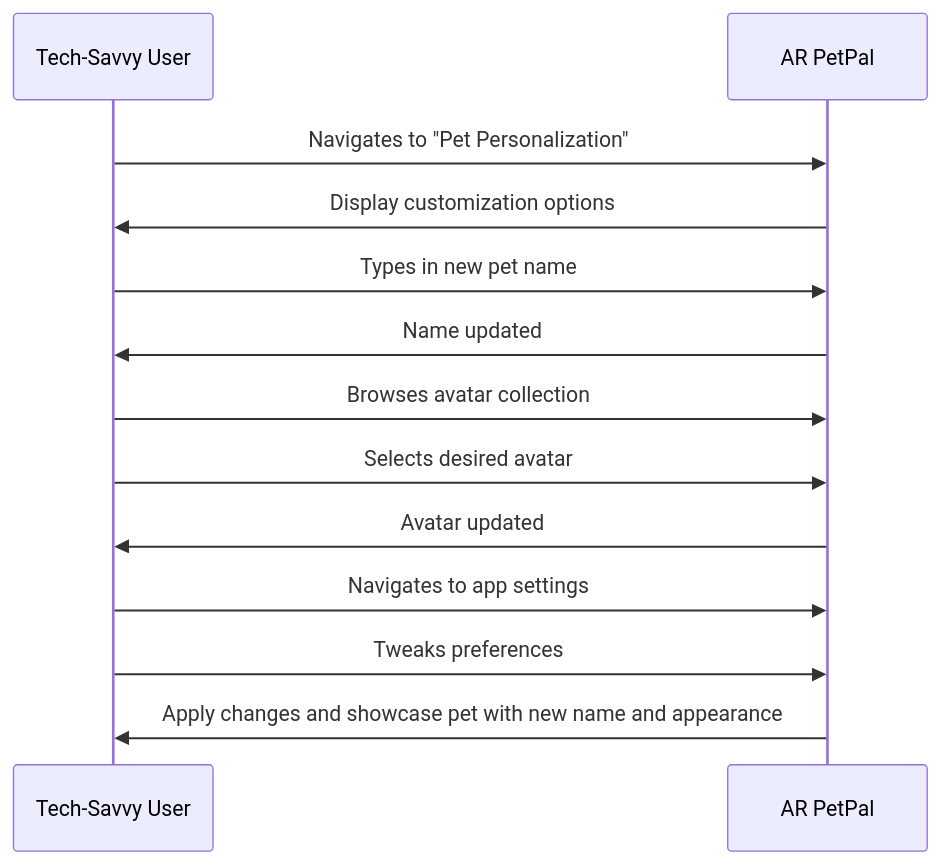
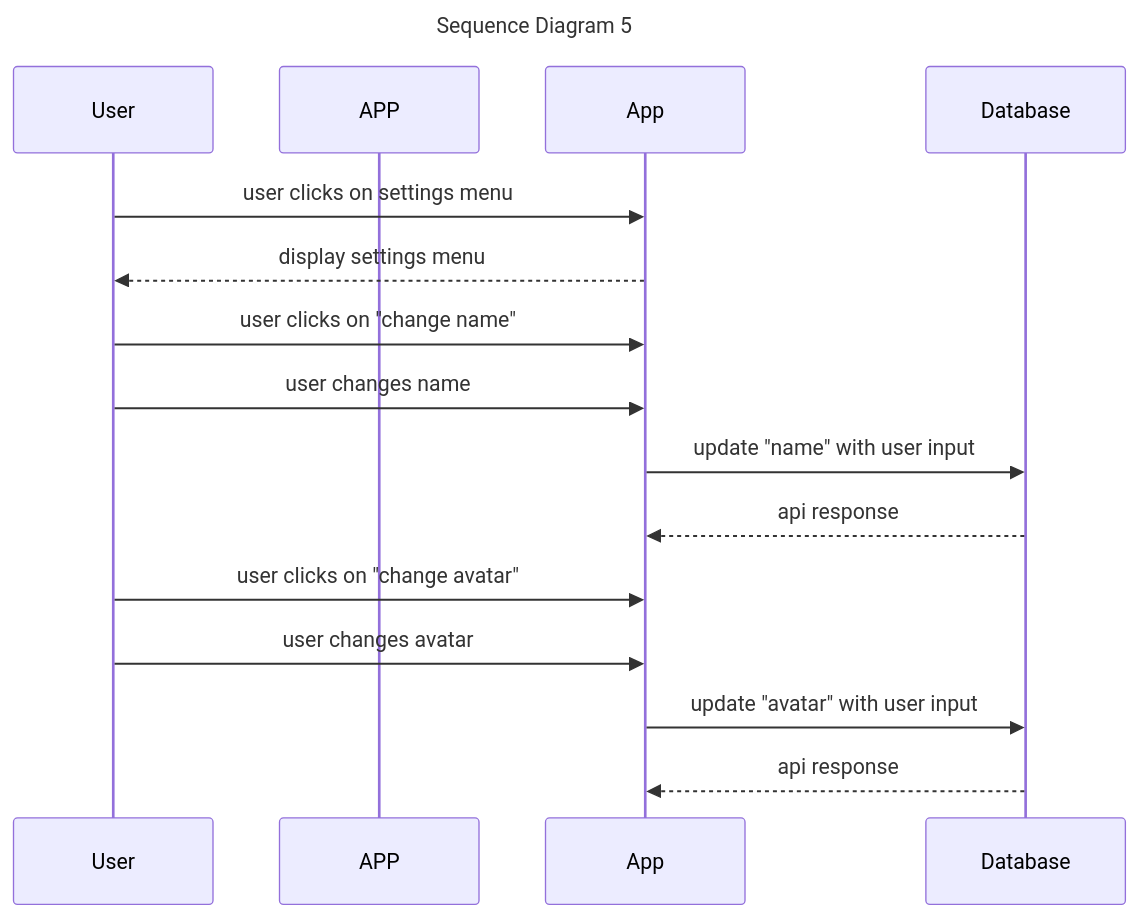
One commit to Capstone-Projects-2023-Fall/project-ar-pet-pals changed the fifth of 8 diagrams in documentation/docs/system-architecture/sequence-diagrams.md. Above: the diagram before and after it, drawn with Mermaid.

````diff
--- a/documentation/docs/system-architecture/sequence-diagrams.md
+++ b/documentation/docs/system-architecture/sequence-diagrams.md
@@ -178,16 +178,18 @@
 ```mermaid
 sequenceDiagram
-    participant User as Tech-Savvy User
-    participant App as AR PetPal
+    title Sequence Diagram 5
 
-    User->>App: Navigates to "Pet Personalization"
-    App->>User: Display customization options
-    User->>App: Types in new pet name
-    App->>User: Name updated
-    User->>App: Browses avatar collection
-    User->>App: Selects desired avatar
-    App->>User: Avatar updated
-    User->>App: Navigates to app settings
-    User->>App: Tweaks preferences
-    App->>User: Apply changes and showcase pet with new name and appearance
+    participant User
+    participant APP
+
+    User->>App: user clicks on settings menu
+    App-->>User: display settings menu
+    User->>App: user clicks on "change name"
+    User->>App: user changes name
+    App->>Database: update "name" with user input
+    Database-->>App: api response
+    User->>App: user clicks on "change avatar"
+    User->>App: user changes avatar
+    App->>Database: update "avatar" with user input
+    Database-->>App: api response
 ```
````
